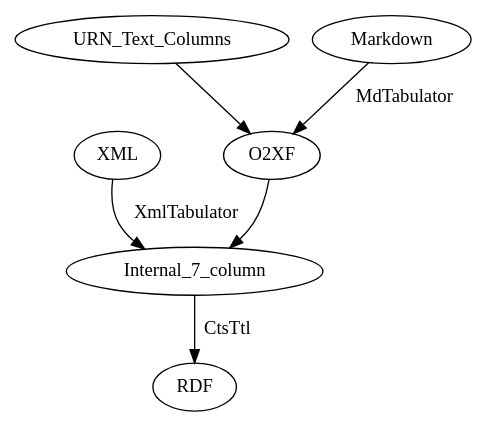
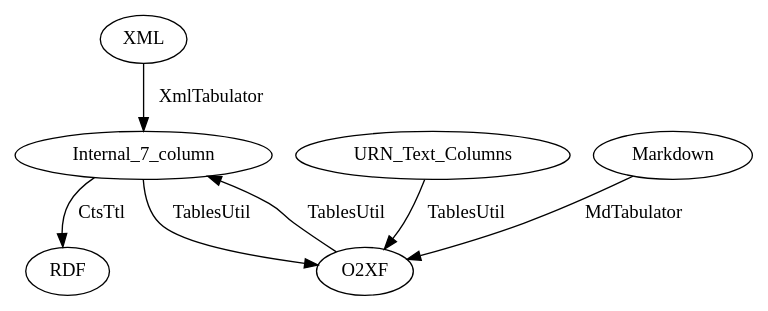
The diagram in dots/flow.dot (cite-architecture/hocuspocus), drawn with Graphviz before and after one commit. The commit also changed 5 other files, not shown here.

```diff
--- a/dots/flow.dot
+++ b/dots/flow.dot
@@ -1,10 +1,11 @@
 strict digraph flow {
 concentrate=true
 XML->Internal_7_column [label=" XmlTabulator" ]
-URN_Text_Columns->O2XF
-O2XF->Internal_7_column
+URN_Text_Columns->O2XF [label=" TablesUtil" ]
+O2XF->Internal_7_column  [label=" TablesUtil" ]
+Internal_7_column->O2XF [label=" TablesUtil" ]
 Markdown->O2XF [label=" MdTabulator"]
 
 Internal_7_column->RDF [label=" CtsTtl"]
 
 }
```
